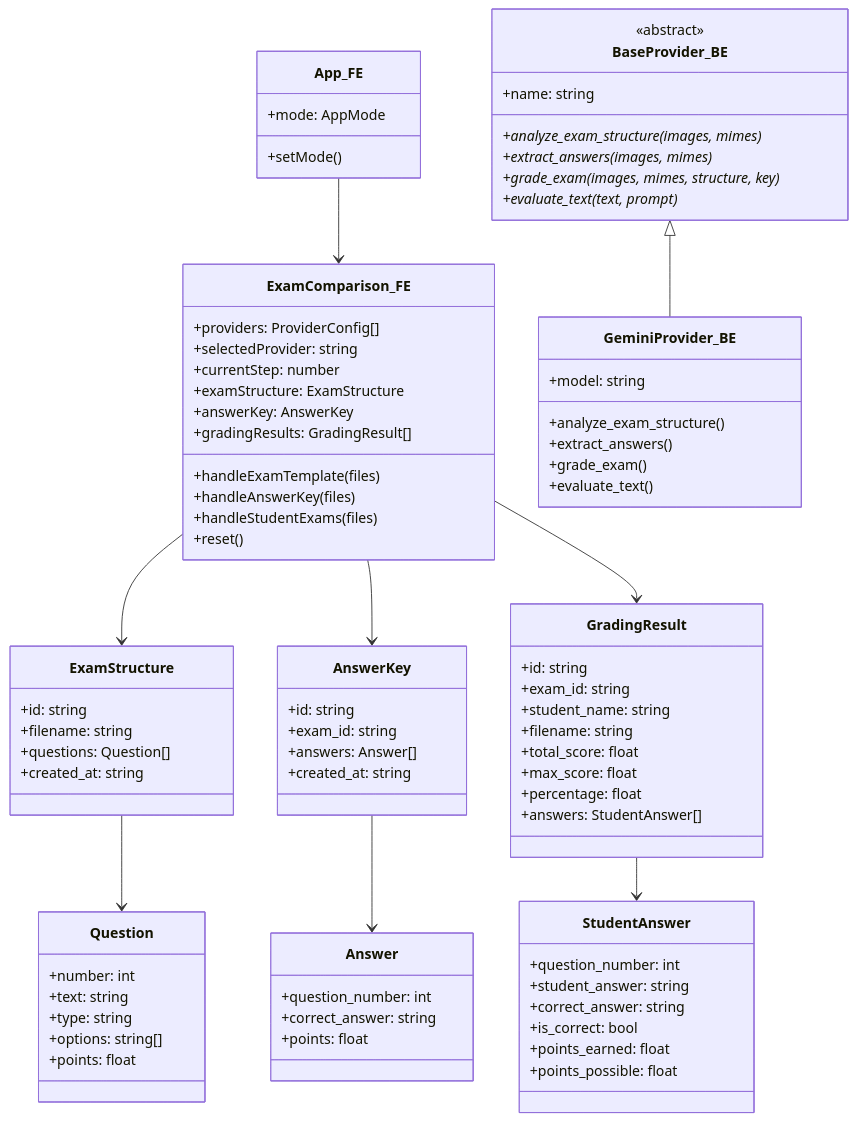
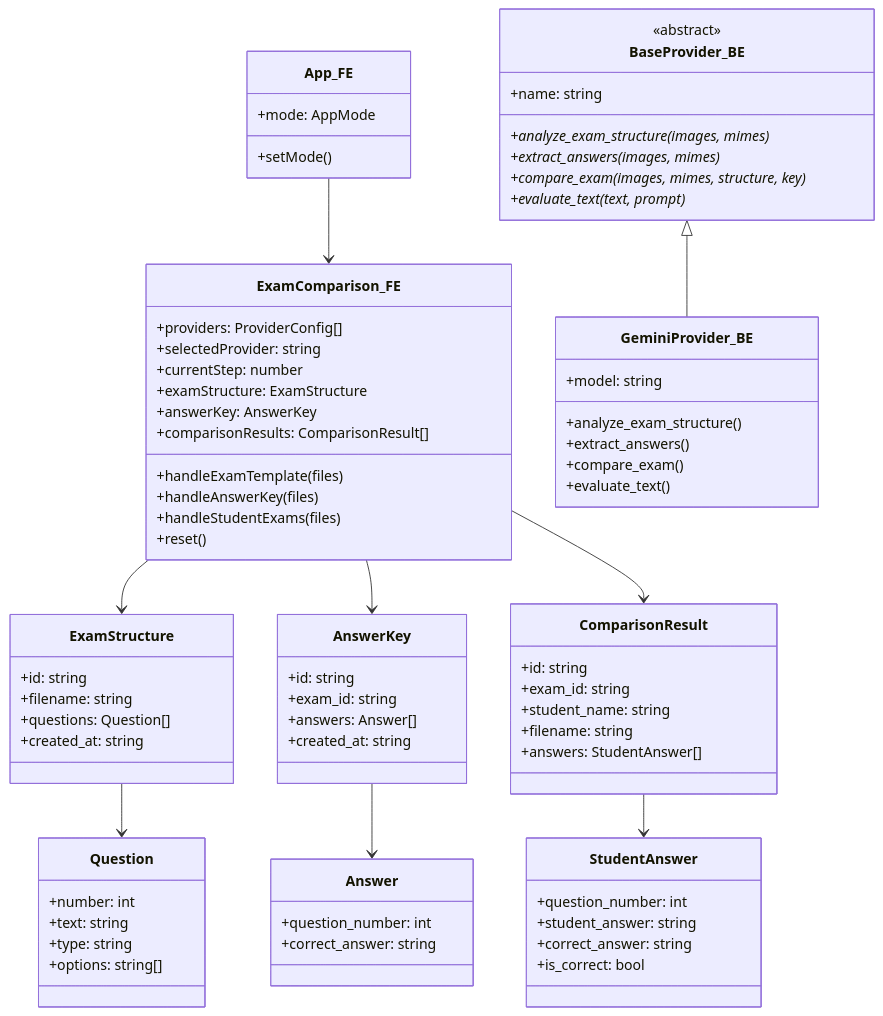
Before and after one commit to franciscosuca/exan: the fourth of 6 diagrams in docs/ARCHITECTURE.md, drawn with Mermaid. The commit also changed other lines of this file and 35 other files, not shown here.

Commit message:
refactor : grading system to comparison exam feature.

````diff
--- a/docs/ARCHITECTURE.md
+++ b/docs/ARCHITECTURE.md
@@ -265,7 +264,7 @@
         +currentStep: number
         +examStructure: ExamStructure
         +answerKey: AnswerKey
-        +gradingResults: GradingResult[]
+        +comparisonResults: ComparisonResult[]
         +handleExamTemplate(files)
         +handleAnswerKey(files)
         +handleStudentExams(files)
@@ -284,7 +283,6 @@
         +text: string
         +type: string
         +options: string[]
-        +points: float
     }
 
     class AnswerKey {
@@ -297,17 +295,13 @@
     class Answer {
         +question_number: int
         +correct_answer: string
-        +points: float
     }
 
-    class GradingResult {
+    class ComparisonResult {
         +id: string
         +exam_id: string
         +student_name: string
         +filename: string
-        +total_score: float
-        +max_score: float
-        +percentage: float
         +answers: StudentAnswer[]
     }
 
@@ -316,8 +310,6 @@
         +student_answer: string
         +correct_answer: string
         +is_correct: bool
-        +points_earned: float
-        +points_possible: float
     }
 
     class BaseProvider_BE {
@@ -325,7 +317,7 @@
         +name: string
         +analyze_exam_structure(images, mimes)*
         +extract_answers(images, mimes)*
-        +grade_exam(images, mimes, structure, key)*
+        +compare_exam(images, mimes, structure, key)*
         +evaluate_text(text, prompt)*
     }
 
@@ -333,16 +325,16 @@
         +model: string
         +analyze_exam_structure()
         +extract_answers()
-        +grade_exam()
+        +compare_exam()
         +evaluate_text()
     }
 
     App_FE --> ExamComparison_FE
     ExamComparison_FE --> ExamStructure
     ExamComparison_FE --> AnswerKey
-    ExamComparison_FE --> GradingResult
+    ExamComparison_FE --> ComparisonResult
     ExamStructure --> Question
     AnswerKey --> Answer
-    GradingResult --> StudentAnswer
+    ComparisonResult --> StudentAnswer
     BaseProvider_BE <|-- GeminiProvider_BE
 ```
````
